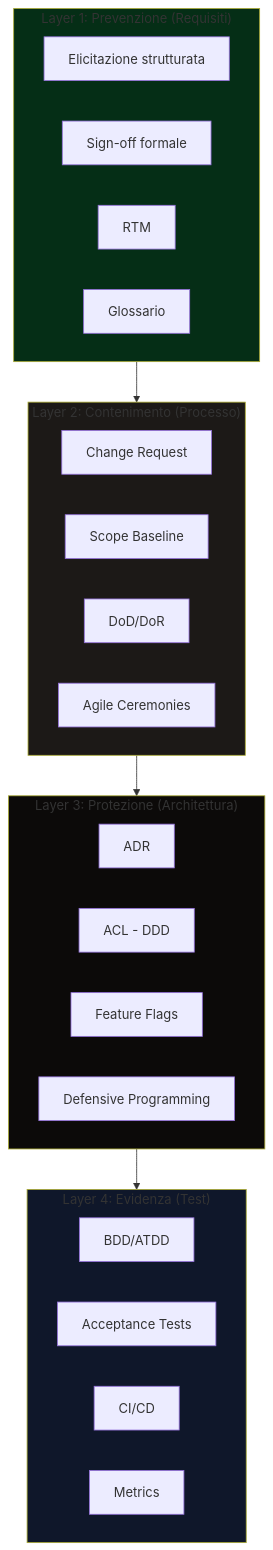
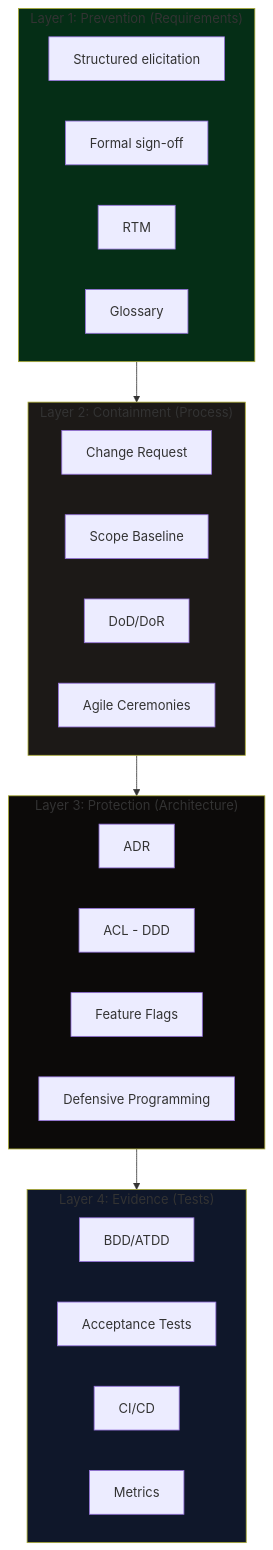
One commit to ngwes/sdsd changed the fifth of 5 diagrams in diagrams/diagrams.md. Above: the diagram before and after it, drawn with Mermaid. The commit also changed other lines of this file and 13 other files, not shown here.

````diff
--- a/diagrams/diagrams.md
+++ b/diagrams/diagrams.md
@@ -129,43 +129,43 @@
 ```mermaid
 graph TB
-    subgraph L1["Layer 1: Prevenzione (Requisiti)"]
+    subgraph L1["Layer 1: Prevention (Requirements)"]
         direction LR
-        A[Elicitazione strutturata]
-        B[Sign-off formale]
+        A[Structured elicitation]
+        B[Formal sign-off]
         C[RTM]
-        D[Glossario]
+        D[Glossary]
     end
 
-    subgraph L2["Layer 2: Contenimento (Processo)"]
+    subgraph L2["Layer 2: Containment (Process)"]
         direction LR
         E[Change Request]
         F[Scope Baseline]
         G[DoD/DoR]
         H[Agile Ceremonies]
     end
 
-    subgraph L3["Layer 3: Protezione (Architettura)"]
+    subgraph L3["Layer 3: Protection (Architecture)"]
         direction LR
         I[ADR]
         J[ACL - DDD]
         K[Feature Flags]
         L[Defensive Programming]
     end
 
-    subgraph L4["Layer 4: Evidenza (Test)"]
+    subgraph L4["Layer 4: Evidence (Tests)"]
         direction LR
         M[BDD/ATDD]
         N[Acceptance Tests]
         O[CI/CD]
         P[Metrics]
     end
 
     L1 --> L2
     L2 --> L3
     L3 --> L4
 
     style L1 fill:#052e16
     style L2 fill:#1c1917
     style L3 fill:#0c0a09
     style L4 fill:#0f172a
 ```
````
